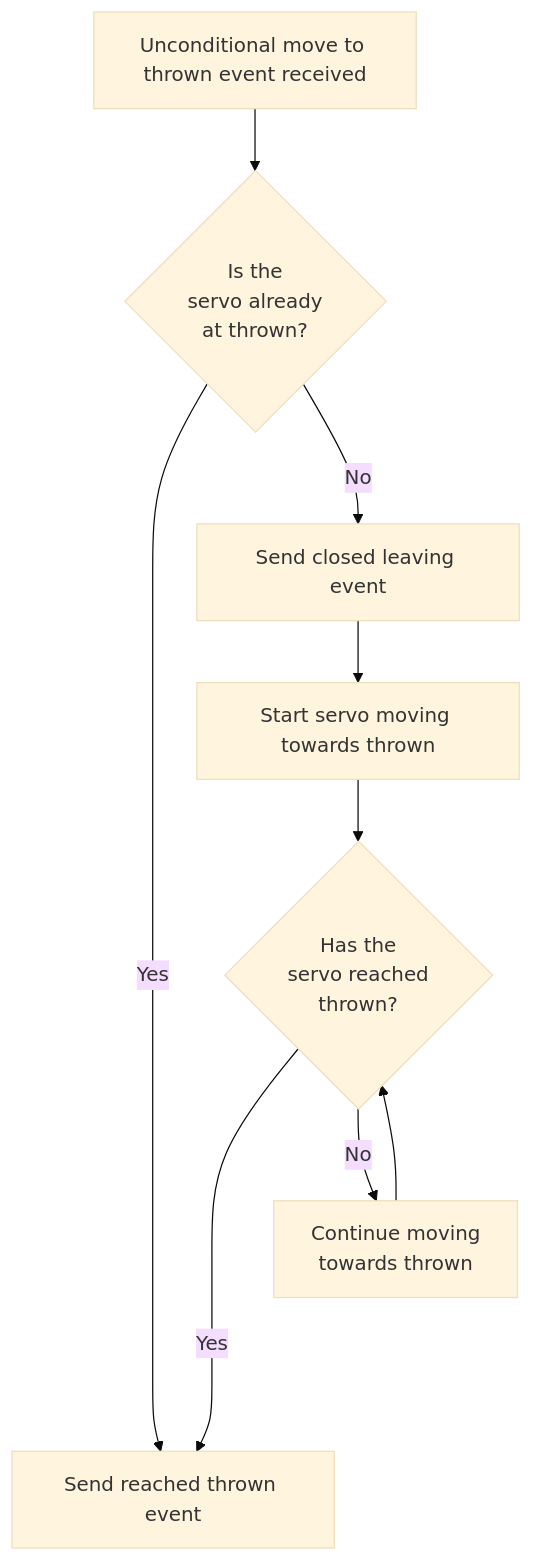
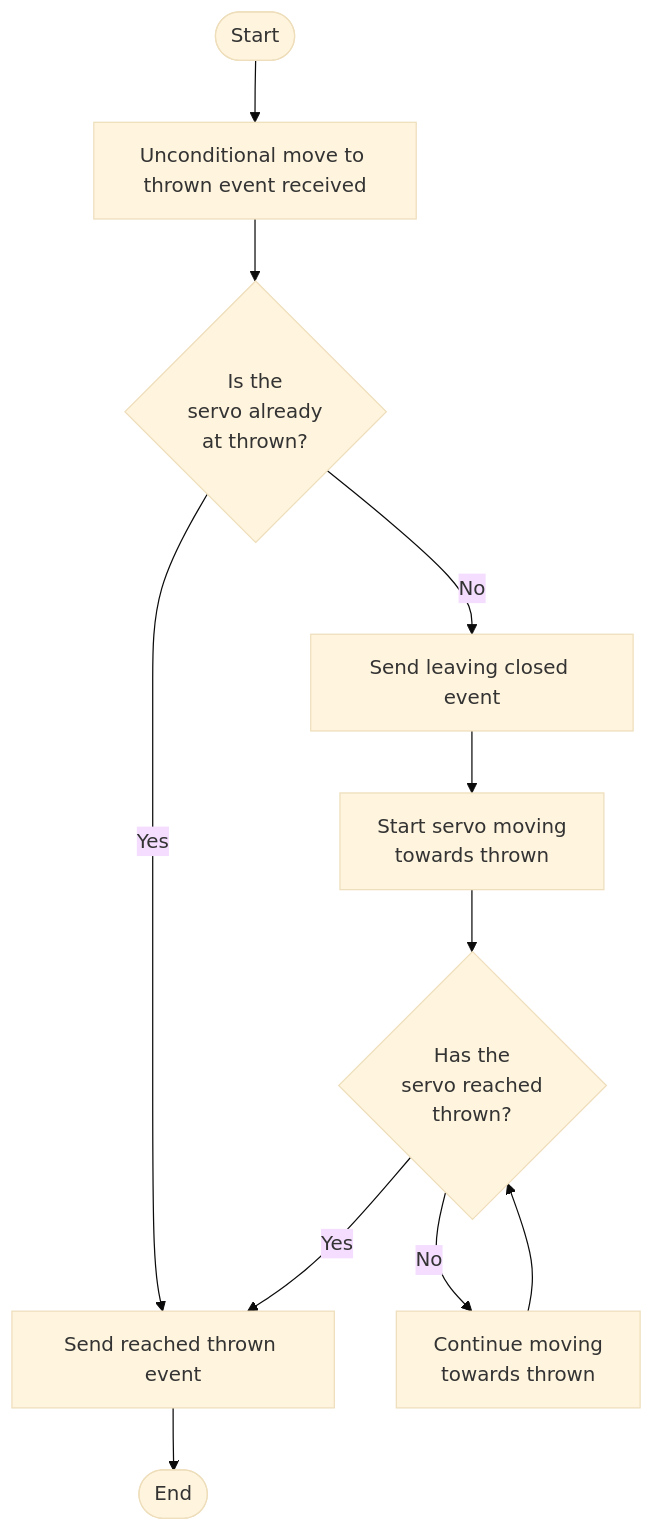
One commit to JohnCallingham/LCC_SERVO changed the diagram in documents/flowcharts/Unconditional_move_from_Closed_to_Thrown.md. Above: the diagram before and after it, drawn with Mermaid (base theme). The commit also changed 1 other file, not shown here.

Commit message:
Updated flowcharts

````diff
--- a/documents/flowcharts/Unconditional_move_from_Closed_to_Thrown.md
+++ b/documents/flowcharts/Unconditional_move_from_Closed_to_Thrown.md
@@ -5,13 +5,26 @@
 ``` mermaid
-graph TD;
-  A[Unconditional move to thrown event received]
-  A --> B{Is the<br>servo already<br>at thrown?}
-  B --> |Yes| F
-  B --> |No| C[Send closed leaving event]
-  C --> D
-  D[Start servo moving towards thrown]
-  D --> E{Has the<br>servo reached<br>thrown?}
-  E ----> |Yes| F[Send reached thrown event]
-  E --> |No| G[Continue moving<br>towards thrown]
-  G --> E
+
+flowchart TD;
+%% define the nodes ...
+A([Start])
+B[Unconditional move to thrown event received]
+C{Is the<br>servo already<br>at thrown?}
+D[Send leaving closed event]
+E[Start servo moving<br>towards thrown]
+F{Has the<br>servo reached<br>thrown?}
+G[Send reached thrown event]
+H[Continue moving<br>towards thrown]
+I([End])
+
+%% ... then define the links.
+A --> B
+B --> C
+C ----> |Yes| G
+C --> |No| D
+D --> E
+E --> F
+F --> |Yes| G
+F --> |No| H
+H --> F
+G --> I
 ```
````
